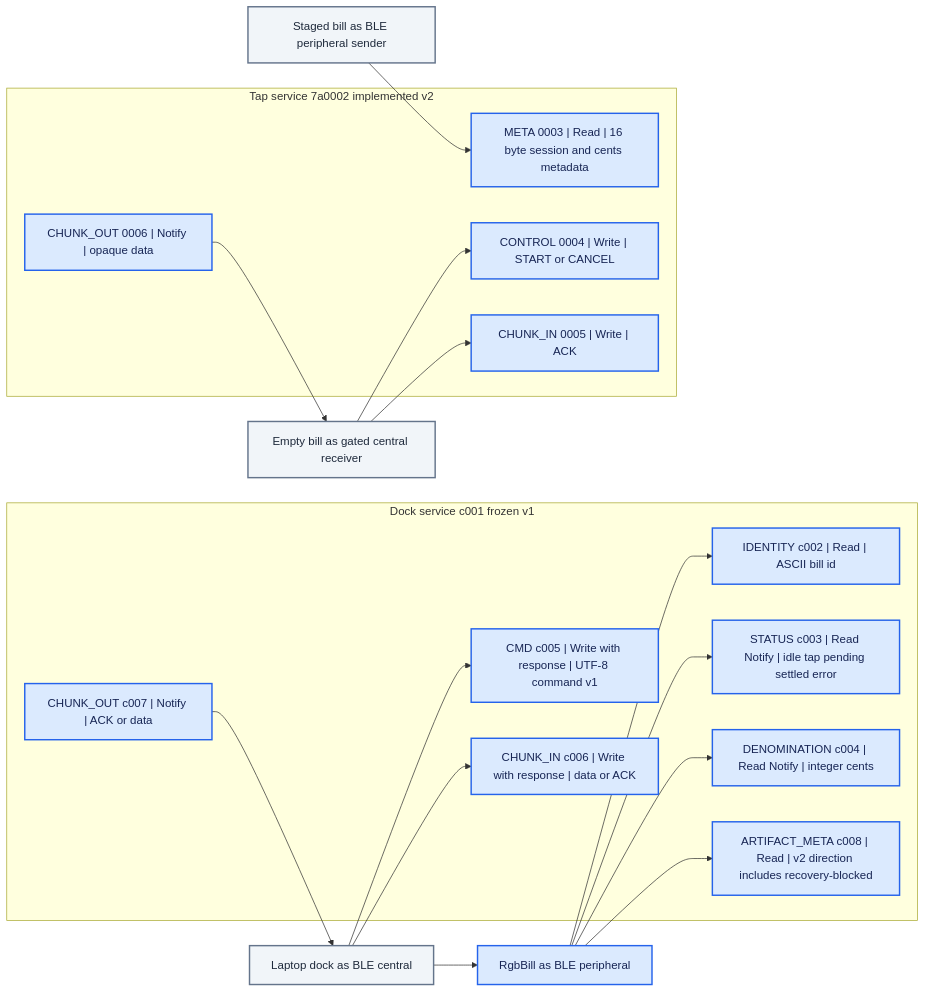
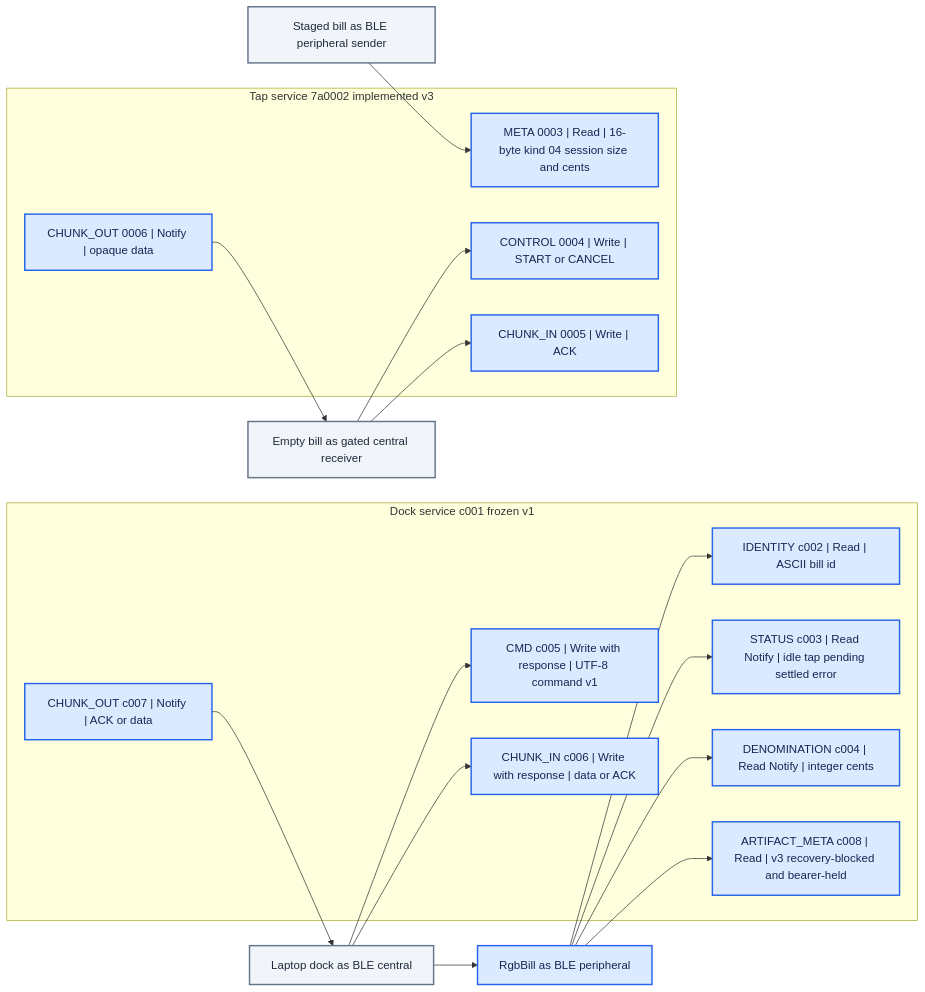
One commit to EdwinKestler/bill changed the diagram in docs/diagrams/src/05-gatt-contract.mmd. Above: the diagram before and after it, drawn with Mermaid. The commit also changed 76 other files, not shown here.

```diff
--- a/docs/diagrams/src/05-gatt-contract.mmd
+++ b/docs/diagrams/src/05-gatt-contract.mmd
@@ -1,40 +1,40 @@
 flowchart LR
     classDef implemented fill:#dbeafe,stroke:#2563eb,color:#172554,stroke-width:2px
     classDef planned fill:#fef3c7,stroke:#d97706,color:#4a2b05,stroke-width:2px,stroke-dasharray:6 4
     classDef peer fill:#f1f5f9,stroke:#64748b,color:#1e293b,stroke-width:2px
 
     dock["Laptop dock as BLE central"]:::peer
     bill["RgbBill as BLE peripheral"]:::implemented
 
     subgraph dockService["Dock service c001 frozen v1"]
         identity["IDENTITY c002 | Read | ASCII bill id"]:::implemented
         status["STATUS c003 | Read Notify | idle tap pending settled error"]:::implemented
         denomination["DENOMINATION c004 | Read Notify | integer cents"]:::implemented
         cmd["CMD c005 | Write with response | UTF-8 command v1"]:::implemented
         chunkIn["CHUNK_IN c006 | Write with response | data or ACK"]:::implemented
         chunkOut["CHUNK_OUT c007 | Notify | ACK or data"]:::implemented
-        artifact["ARTIFACT_META c008 | Read | v2 direction includes recovery-blocked"]:::implemented
+        artifact["ARTIFACT_META c008 | Read | v3 recovery-blocked and bearer-held"]:::implemented
     end
 
     sender["Staged bill as BLE peripheral sender"]:::peer
     receiver["Empty bill as gated central receiver"]:::peer
 
-    subgraph tapService["Tap service 7a0002 implemented v2"]
-        meta["META 0003 | Read | 16 byte session and cents metadata"]:::implemented
+    subgraph tapService["Tap service 7a0002 implemented v3"]
+        meta["META 0003 | Read | 16-byte kind 04 session size and cents"]:::implemented
         control["CONTROL 0004 | Write | START or CANCEL"]:::implemented
         tapIn["CHUNK_IN 0005 | Write | ACK"]:::implemented
         tapOut["CHUNK_OUT 0006 | Notify | opaque data"]:::implemented
     end
 
     dock --> bill
     bill --> identity
     bill --> status
     bill --> denomination
     bill --> artifact
     dock --> cmd
     dock --> chunkIn
     chunkOut --> dock
     sender --> meta
     receiver --> control
     receiver --> tapIn
     tapOut --> receiver
```
